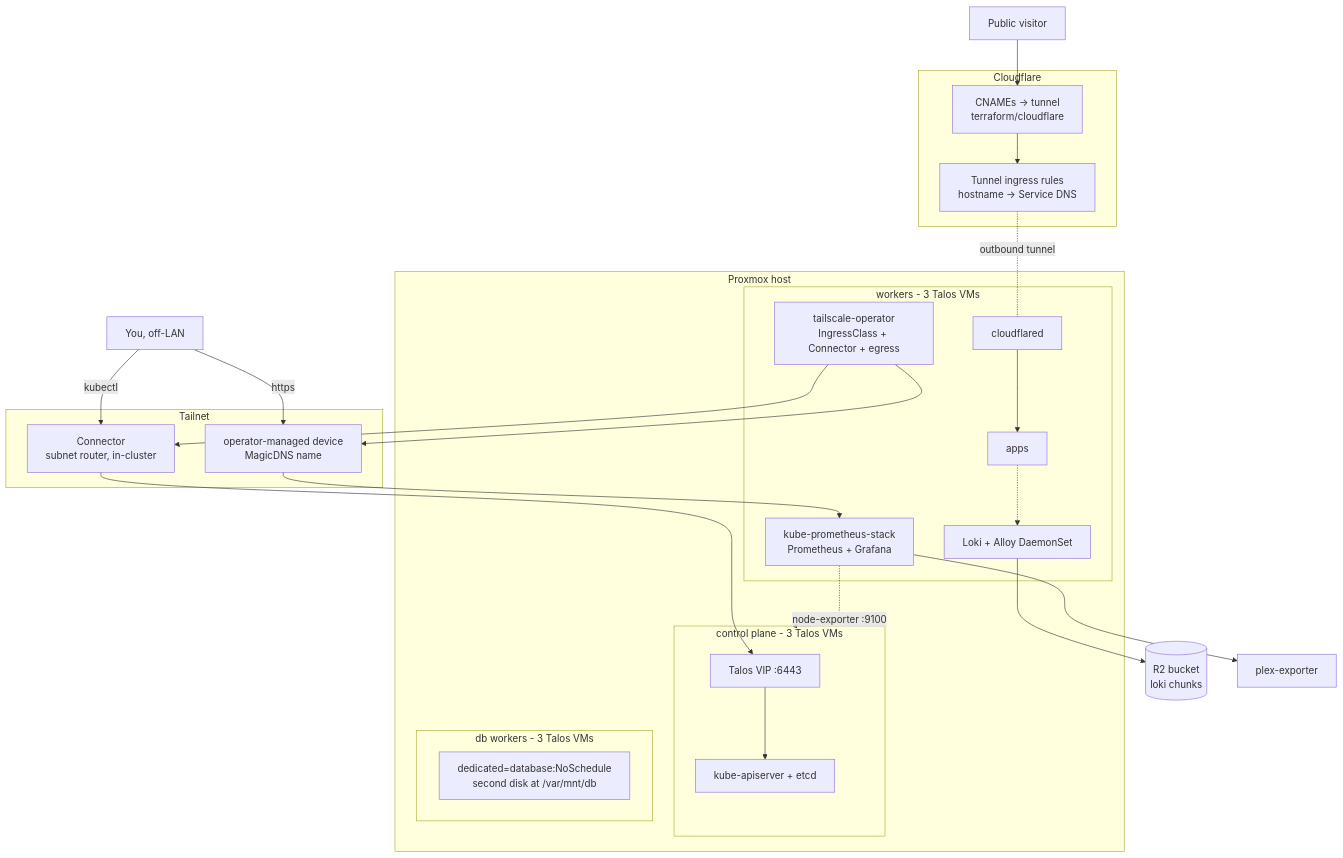
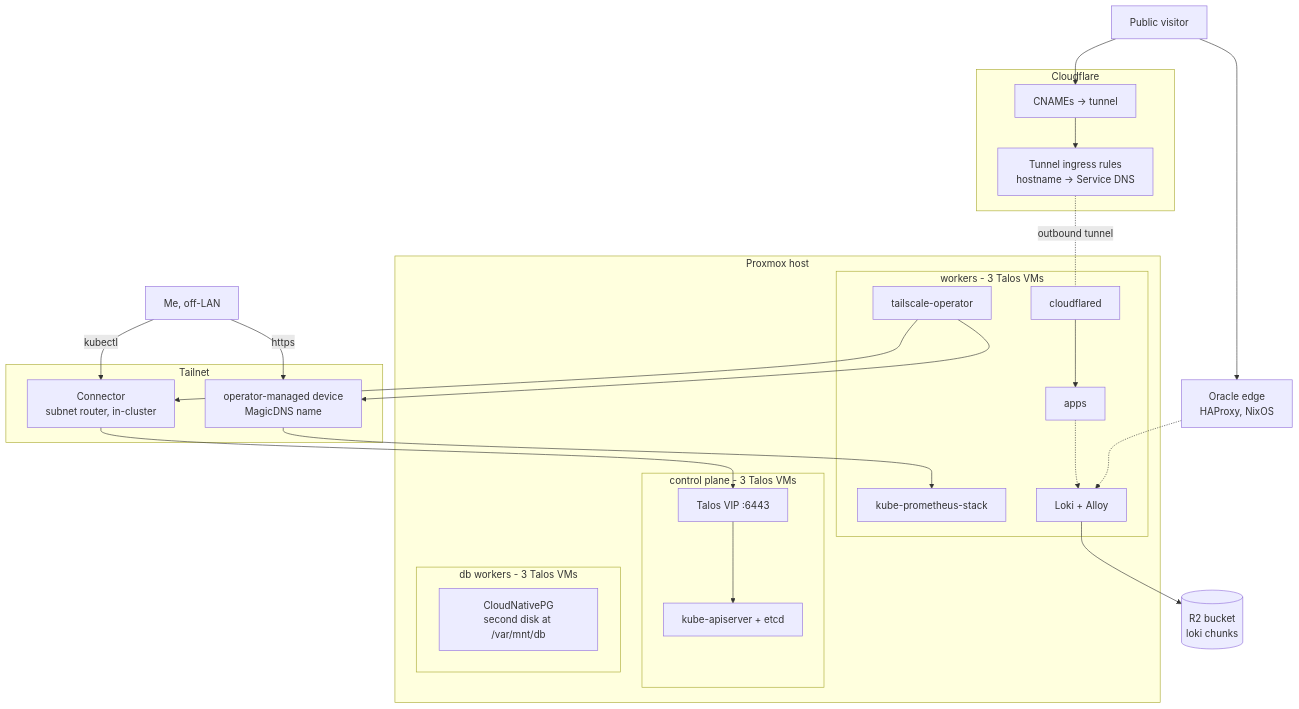
Before and after one commit to alexraskin/infrastructure: the second of 2 diagrams in README.md, drawn with Mermaid. The commit also changed other lines of this file and 77 other files, not shown here.

````diff
--- a/README.md
+++ b/README.md
@@ -59,49 +73,49 @@
 ```mermaid
 flowchart TB
     USER["Public visitor"]
-    ADMIN["You, off-LAN"]
+    ADMIN["Me, off-LAN"]
 
     subgraph cf["Cloudflare"]
-        DNS["CNAMEs -> tunnel<br/>terraform/cloudflare"]
+        DNS["CNAMEs -> tunnel"]
         TUN["Tunnel ingress rules<br/>hostname -> Service DNS"]
     end
 
     subgraph ts["Tailnet"]
         SR["Connector<br/>subnet router, in-cluster"]
         TSD["operator-managed device<br/>MagicDNS name"]
     end
 
     subgraph pve["Proxmox host"]
         subgraph cp["control plane - 3 Talos VMs"]
             VIP["Talos VIP :6443"]
             ETCD["kube-apiserver + etcd"]
         end
         subgraph ag["workers - 3 Talos VMs"]
             CFD["cloudflared"]
             APPS["apps"]
-            MON["kube-prometheus-stack<br/>Prometheus + Grafana"]
-            LOG["Loki + Alloy DaemonSet"]
-            TSO["tailscale-operator<br/>IngressClass + Connector + egress"]
+            MON["kube-prometheus-stack"]
+            LOG["Loki + Alloy"]
+            TSO["tailscale-operator"]
         end
         subgraph db["db workers - 3 Talos VMs"]
-            TAINT["dedicated=database:NoSchedule<br/>second disk at /var/mnt/db"]
+            TAINT["CloudNativePG<br/>second disk at /var/mnt/db"]
         end
     end
 
     R2L[("R2 bucket<br/>loki chunks")]
-    PLEX["plex-exporter"]
+    EDGE["Oracle edge<br/>HAProxy, NixOS"]
 
     USER --> DNS --> TUN
     TUN -. "outbound tunnel" .- CFD
     CFD --> APPS
+    USER --> EDGE
 
     ADMIN -- kubectl --> SR --> VIP --> ETCD
     ADMIN -- https --> TSD --> MON
     TSO --> TSD
     TSO --> SR
 
     APPS -.-> LOG
     LOG --> R2L
-    MON --> PLEX
-    MON -. "node-exporter :9100" .-> cp
+    EDGE -.-> LOG
 ```
````
